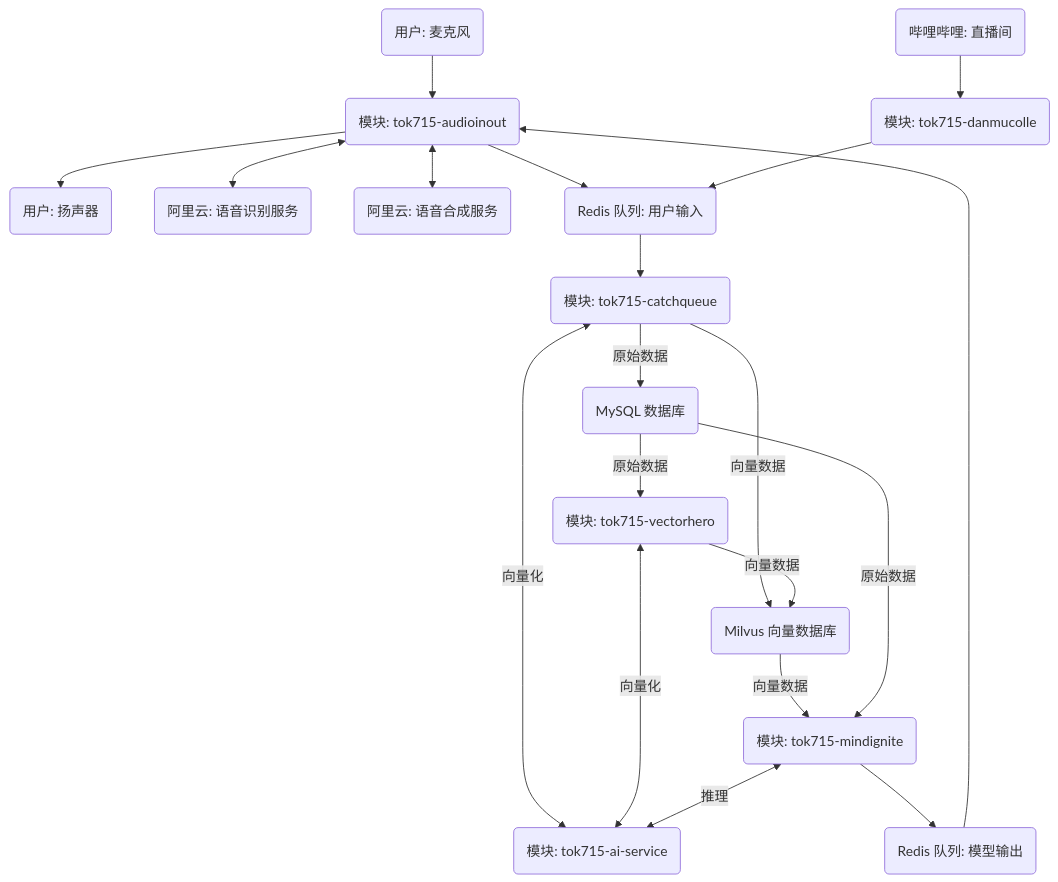
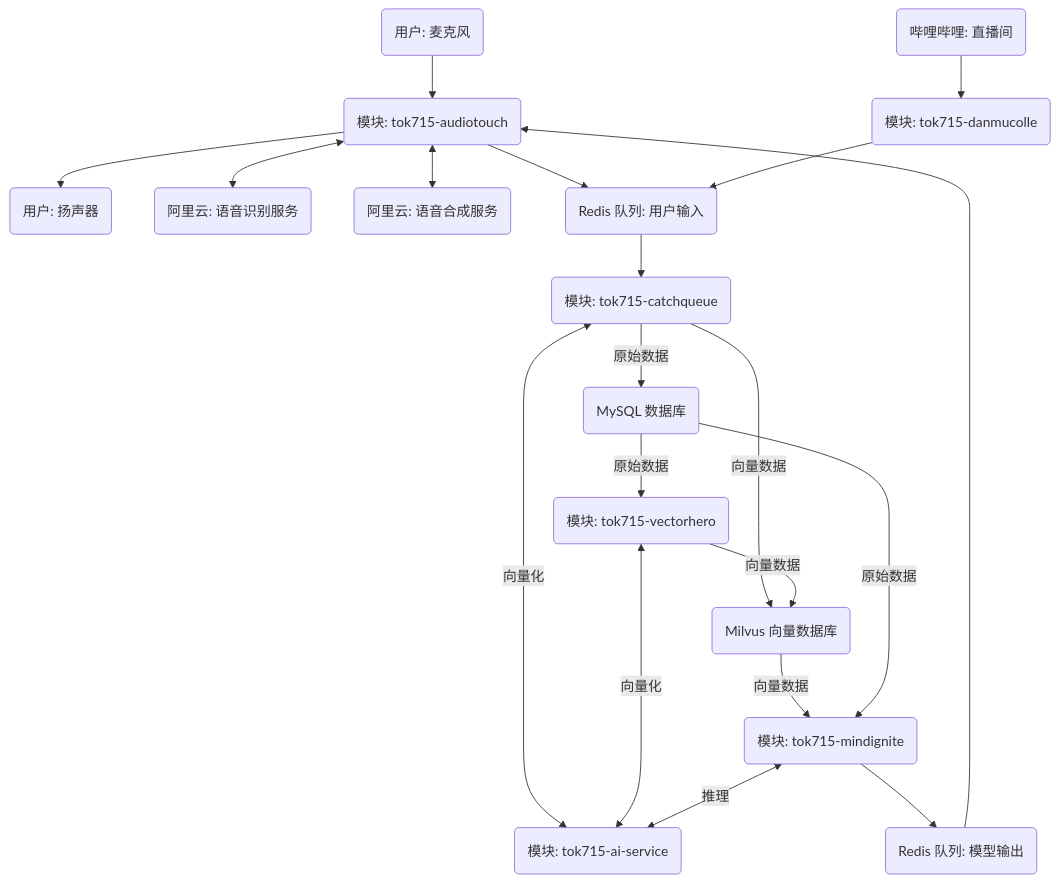
One commit to tok715/tok715 changed the diagram in README.md. Above: the diagram before and after it, drawn with Mermaid. The commit also changed other lines of this file and 2 other files, not shown here.

Commit message:
feat: rename audioinout to audiotouch

````diff
--- a/README.md
+++ b/README.md
@@ -7,33 +7,33 @@
 ```mermaid
 flowchart TB
     node_mic(用户: 麦克风)
     node_speaker(用户: 扬声器)
-    node_audioinout_main("模块: tok715-audioinout")
+    node_audiotouch_main("模块: tok715-audiotouch")
     node_catchqueue_main("模块: tok715-catchqueue")
     node_vectorhero_main("模块: tok715-vectorhero")
     node_ai_service_main("模块: tok715-ai-service")
     node_mindignite_main("模块: tok715-mindignite")
     node_danmucolle_main("模块: tok715-danmucolle")
     node_aliyun_nls(阿里云: 语音识别服务)
     node_aliyun_tts(阿里云: 语音合成服务)
     node_bilibili_stream(哔哩哔哩: 直播间)
     node_redis_queue_input(Redis 队列: 用户输入)
     node_redis_queue_output(Redis 队列: 模型输出)
     node_mysql_messages(MySQL 数据库)
     node_milvus_messages(Milvus 向量数据库)
-    node_mic --> node_audioinout_main <--> node_aliyun_nls
-    node_audioinout_main --> node_redis_queue_input
+    node_mic --> node_audiotouch_main <--> node_aliyun_nls
+    node_audiotouch_main --> node_redis_queue_input
     node_redis_queue_input --> node_catchqueue_main -- 原始数据 --> node_mysql_messages
     node_catchqueue_main <-- 向量化 --> node_ai_service_main
     node_catchqueue_main -- 向量数据 --> node_milvus_messages
     node_mysql_messages -- 原始数据 --> node_vectorhero_main
     node_vectorhero_main <-- 向量化 --> node_ai_service_main
     node_vectorhero_main -- 向量数据 --> node_milvus_messages
     node_milvus_messages -- 向量数据 --> node_mindignite_main
     node_mysql_messages -- 原始数据 --> node_mindignite_main
     node_mindignite_main <-- 推理 --> node_ai_service_main
-    node_mindignite_main --> node_redis_queue_output --> node_audioinout_main
-    node_audioinout_main <--> node_aliyun_tts
-    node_audioinout_main --> node_speaker
+    node_mindignite_main --> node_redis_queue_output --> node_audiotouch_main
+    node_audiotouch_main <--> node_aliyun_tts
+    node_audiotouch_main --> node_speaker
     node_bilibili_stream --> node_danmucolle_main --> node_redis_queue_input
 ```
````
